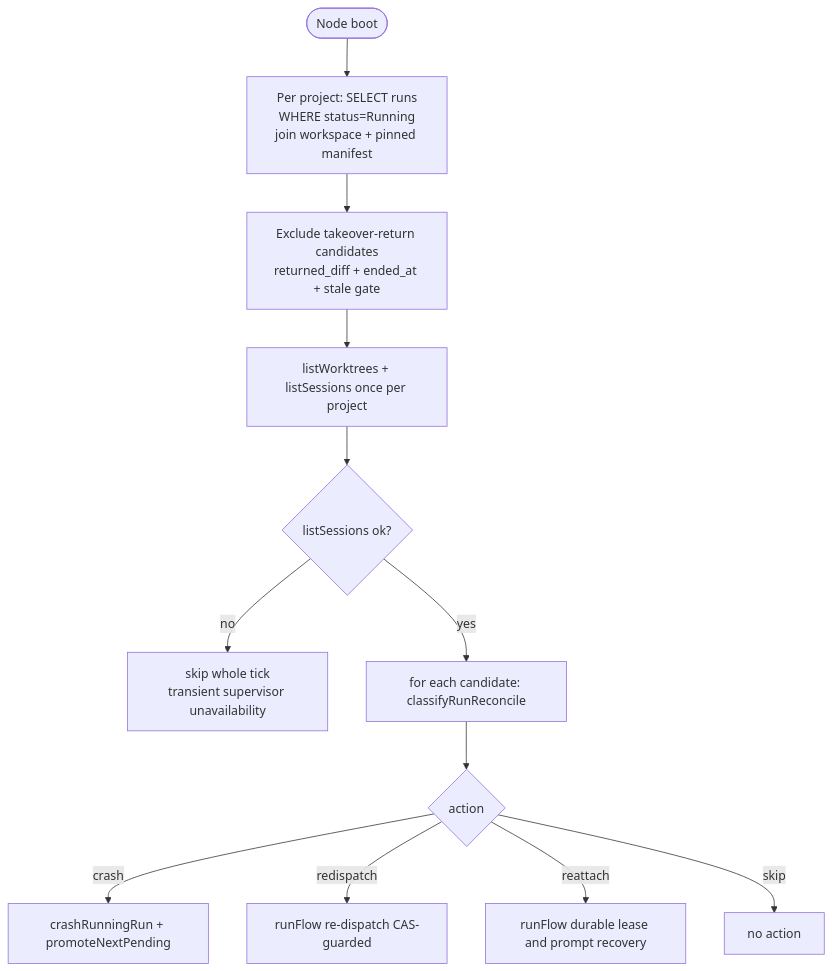
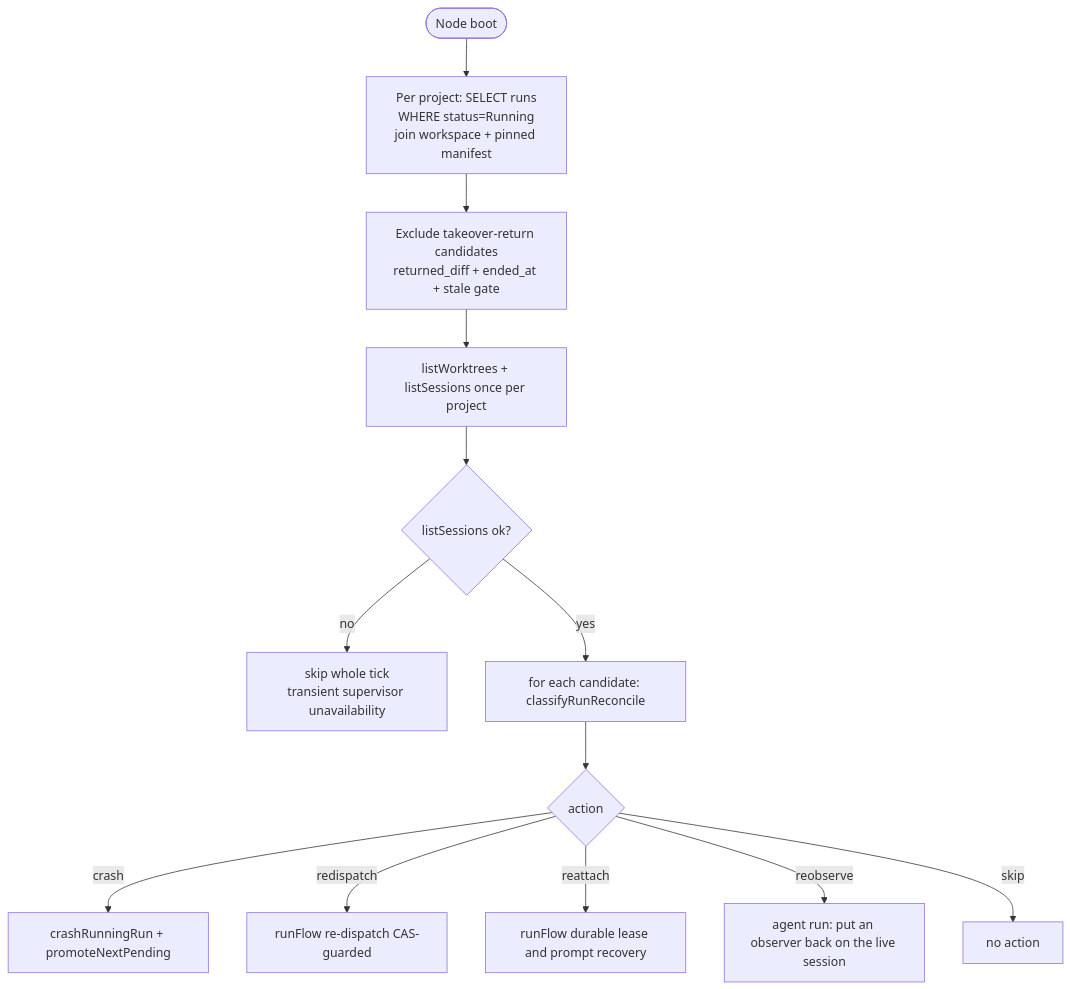
The second of 6 diagrams in docs/system-analytics/reconciliation-gc.md (maister-dev/maister), drawn with Mermaid before and after one commit. The commit also changed other lines of this file and 10 other files, not shown here.

````diff
--- a/docs/system-analytics/reconciliation-gc.md
+++ b/docs/system-analytics/reconciliation-gc.md
@@ -203,14 +203,15 @@
 ```mermaid
 flowchart TD
     Start([Node boot]) --> Load[Per project: SELECT runs<br/>WHERE status=Running<br/>join workspace + pinned manifest]
     Load --> Excl[Exclude takeover-return candidates<br/>returned_diff + ended_at + stale gate]
     Excl --> Fetch[listWorktrees + listSessions once per project]
     Fetch --> Sup{listSessions ok?}
     Sup -- no --> SkipTick[skip whole tick<br/>transient supervisor unavailability]
     Sup -- yes --> Each[for each candidate: classifyRunReconcile]
     Each --> Act{action}
     Act -- crash --> Crash[crashRunningRun + promoteNextPending]
     Act -- redispatch --> Redis[runFlow re-dispatch CAS-guarded]
     Act -- reattach --> Reatt[runFlow durable lease and prompt recovery]
+    Act -- reobserve --> Reobs[agent run: put an observer back on the live session]
     Act -- skip --> Noop[no action]
 ```
````
